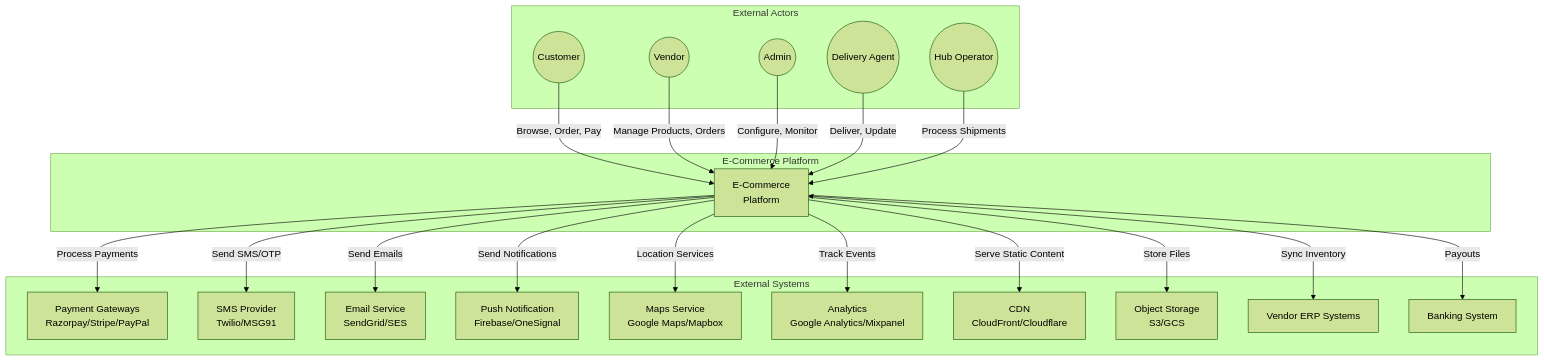
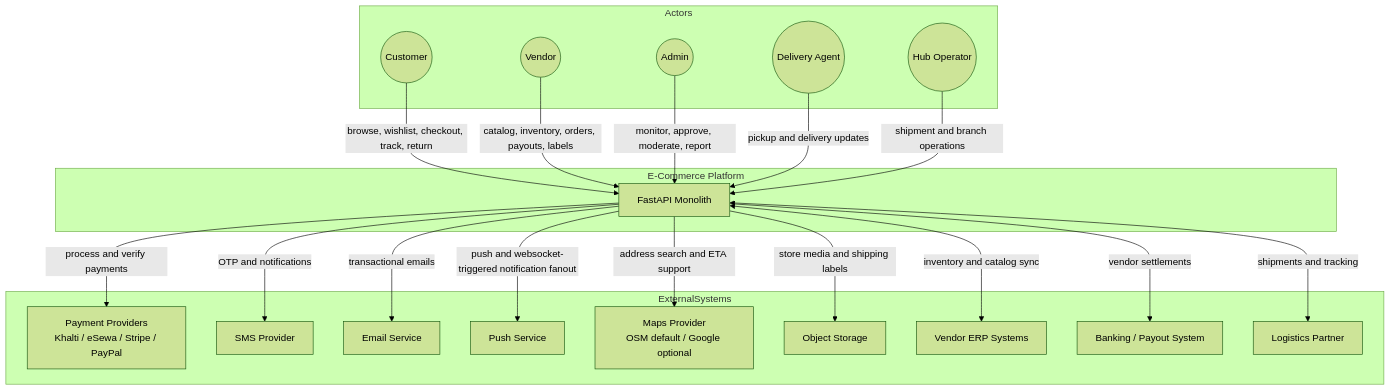
The first of 3 diagrams in docs/system-design/analysis/system-context-diagram.md (0Ankit0/e-commerce), drawn with Mermaid (forest theme) before and after one commit. The commit also changed other lines of this file and 24 other files, not shown here.

````diff
--- a/docs/system-design/analysis/system-context-diagram.md
+++ b/docs/system-design/analysis/system-context-diagram.md
@@ -10,44 +10,42 @@
 ```mermaid
 graph TB
-    subgraph External Actors
+    subgraph Actors
         Customer((Customer))
         Vendor((Vendor))
         Admin((Admin))
         DeliveryAgent((Delivery Agent))
         HubOperator((Hub Operator))
     end
 
-    subgraph External Systems
-        PG[Payment Gateways<br>Razorpay/Stripe/PayPal]
-        SMS[SMS Provider<br>Twilio/MSG91]
-        Email[Email Service<br>SendGrid/SES]
-        Push[Push Notification<br>Firebase/OneSignal]
-        Maps[Maps Service<br>Google Maps/Mapbox]
-        Analytics[Analytics<br>Google Analytics/Mixpanel]
-        CDN[CDN<br>CloudFront/Cloudflare]
-        Storage[Object Storage<br>S3/GCS]
+    subgraph ExternalSystems
+        PG[Payment Providers<br>Khalti / eSewa / Stripe / PayPal]
+        SMS[SMS Provider]
+        Email[Email Service]
+        Push[Push Service]
+        Maps[Maps Provider<br>OSM default / Google optional]
+        Storage[Object Storage]
         ERP[Vendor ERP Systems]
-        Bank[Banking System]
+        Bank[Banking / Payout System]
+        Logistics[Logistics Partner]
     end
 
     subgraph "E-Commerce Platform"
-        Platform[E-Commerce<br>Platform]
+        Platform[FastAPI Monolith]
     end
 
-    Customer -->|Browse, Order, Pay| Platform
-    Vendor -->|Manage Products, Orders| Platform
-    Admin -->|Configure, Monitor| Platform
-    DeliveryAgent -->|Deliver, Update| Platform
-    HubOperator -->|Process Shipments| Platform
+    Customer -->|browse, wishlist, checkout, track, return| Platform
+    Vendor -->|catalog, inventory, orders, payouts, labels| Platform
+    Admin -->|monitor, approve, moderate, report| Platform
+    DeliveryAgent -->|pickup and delivery updates| Platform
+    HubOperator -->|shipment and branch operations| Platform
 
-    Platform -->|Process Payments| PG
-    Platform -->|Send SMS/OTP| SMS
-    Platform -->|Send Emails| Email
-    Platform -->|Send Notifications| Push
-    Platform -->|Location Services| Maps
-    Platform -->|Track Events| Analytics
-    Platform -->|Serve Static Content| CDN
-    Platform -->|Store Files| Storage
-    Platform <-->|Sync Inventory| ERP
-    Platform -->|Payouts| Bank
+    Platform -->|process and verify payments| PG
+    Platform -->|OTP and notifications| SMS
+    Platform -->|transactional emails| Email
+    Platform -->|push and websocket-triggered notification fanout| Push
+    Platform -->|address search and ETA support| Maps
+    Platform -->|store media and shipping labels| Storage
+    Platform <-->|inventory and catalog sync| ERP
+    Platform -->|vendor settlements| Bank
+    Platform <-->|shipments and tracking| Logistics
 ```
````
